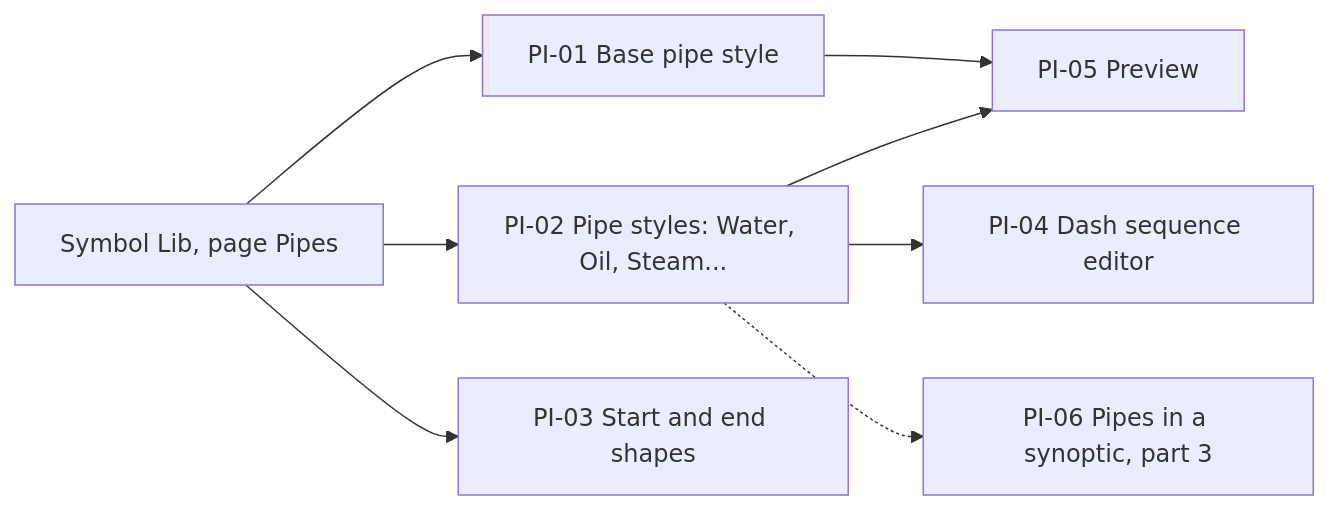
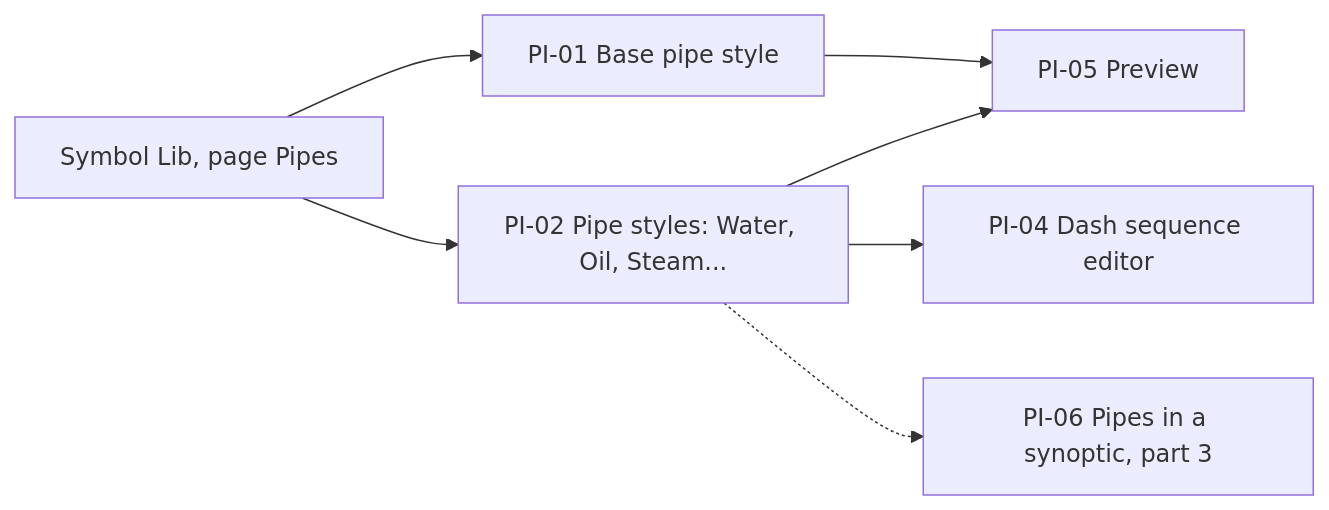
Before and after one commit to AlexandreGallais/synoptic-studio-spec: the first of 6 diagrams in screens/pipes.md, drawn with Mermaid. The commit also changed other lines of this file and 16 other files, not shown here.

First line of the commit message:
docs(pipes): remove start and end shapes, use symbols instead

````diff
--- a/screens/pipes.md
+++ b/screens/pipes.md
@@ -9,10 +9,9 @@
 ```mermaid
 flowchart LR
     LIB["Symbol Lib, page Pipes"] --> BASE["PI-01 Base pipe style"]
     LIB --> STY["PI-02 Pipe styles: Water, Oil, Steam..."]
-    LIB --> END["PI-03 Start and end shapes"]
     STY --> DASH["PI-04 Dash sequence editor"]
     BASE --> PRE["PI-05 Preview"]
     STY --> PRE
     STY -.-> SYN["PI-06 Pipes in a synoptic, part 3"]
 ```
````
